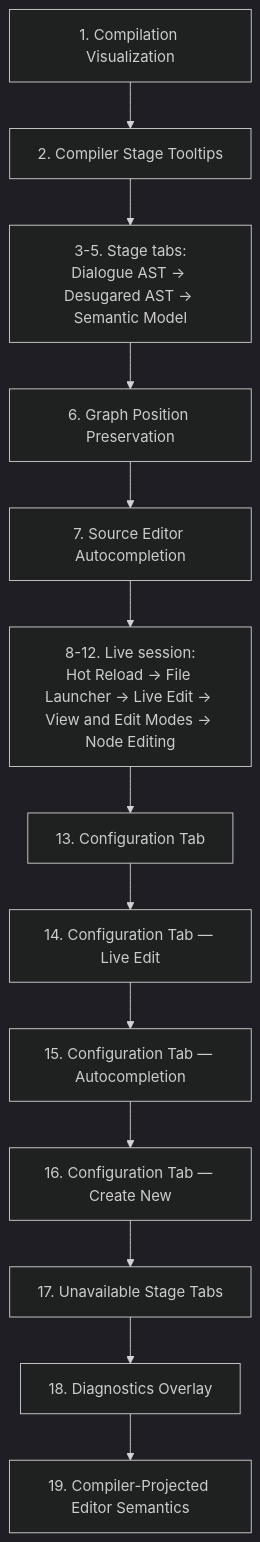
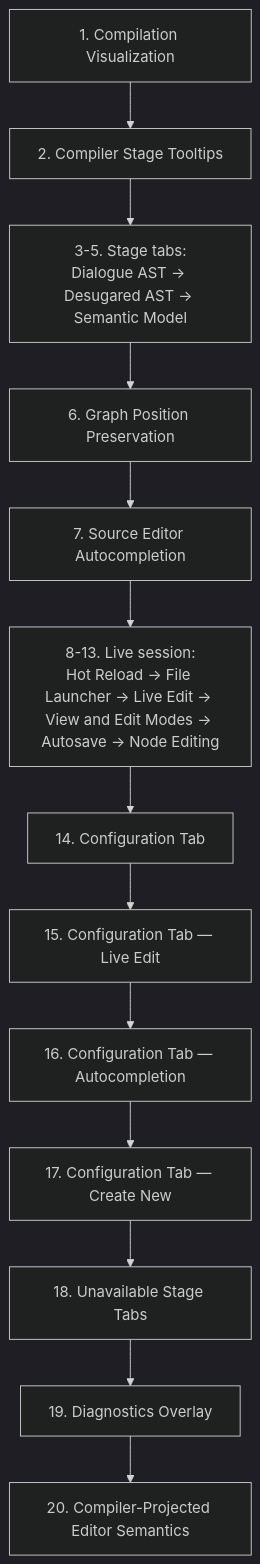
One commit to pengzhengyi/godot-dialoguedown changed the third of 4 diagrams in docs/contributing/design-notes/README.md. Above: the diagram before and after it, drawn with Mermaid (dark theme). The commit also changed other lines of this file and 59 other files, not shown here.

First line of the commit message:
feat(visualization): autosave on idle in the live report editor (#144)

````diff
--- a/docs/contributing/design-notes/README.md
+++ b/docs/contributing/design-notes/README.md
@@ -119,15 +119,15 @@
 ```mermaid
 flowchart TB
     CV["1. Compilation Visualization"] --> TT["2. Compiler Stage Tooltips"]
     TT --> TABS["3-5. Stage tabs:<br/>Dialogue AST → Desugared AST → Semantic Model"]
     TABS --> GX["6. Graph Position Preservation"]
     GX --> AC["7. Source Editor Autocompletion"]
-    AC --> LIVE["8-12. Live session:<br/>Hot Reload → File Launcher → Live Edit → View and Edit Modes → Node Editing"]
-    LIVE --> CFG["13. Configuration Tab"]
-    CFG --> CFGLE["14. Configuration Tab — Live Edit"]
-    CFGLE --> CFGAC["15. Configuration Tab — Autocompletion"]
-    CFGAC --> CFGCN["16. Configuration Tab — Create New"]
-    CFGCN --> UST["17. Unavailable Stage Tabs"]
-    UST --> DGO["18. Diagnostics Overlay"]
-    DGO --> CPE["19. Compiler-Projected Editor Semantics"]
+    AC --> LIVE["8-13. Live session:<br/>Hot Reload → File Launcher → Live Edit → View and Edit Modes → Autosave → Node Editing"]
+    LIVE --> CFG["14. Configuration Tab"]
+    CFG --> CFGLE["15. Configuration Tab — Live Edit"]
+    CFGLE --> CFGAC["16. Configuration Tab — Autocompletion"]
+    CFGAC --> CFGCN["17. Configuration Tab — Create New"]
+    CFGCN --> UST["18. Unavailable Stage Tabs"]
+    UST --> DGO["19. Diagnostics Overlay"]
+    DGO --> CPE["20. Compiler-Projected Editor Semantics"]
 ```
````
